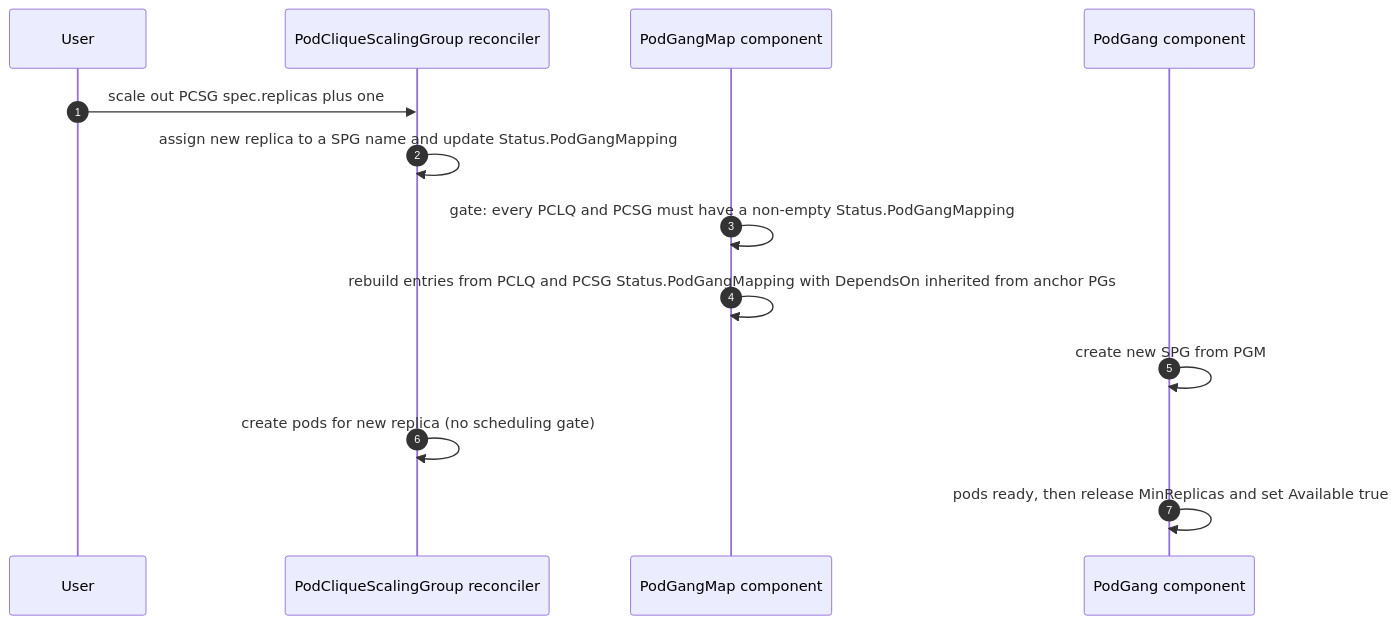
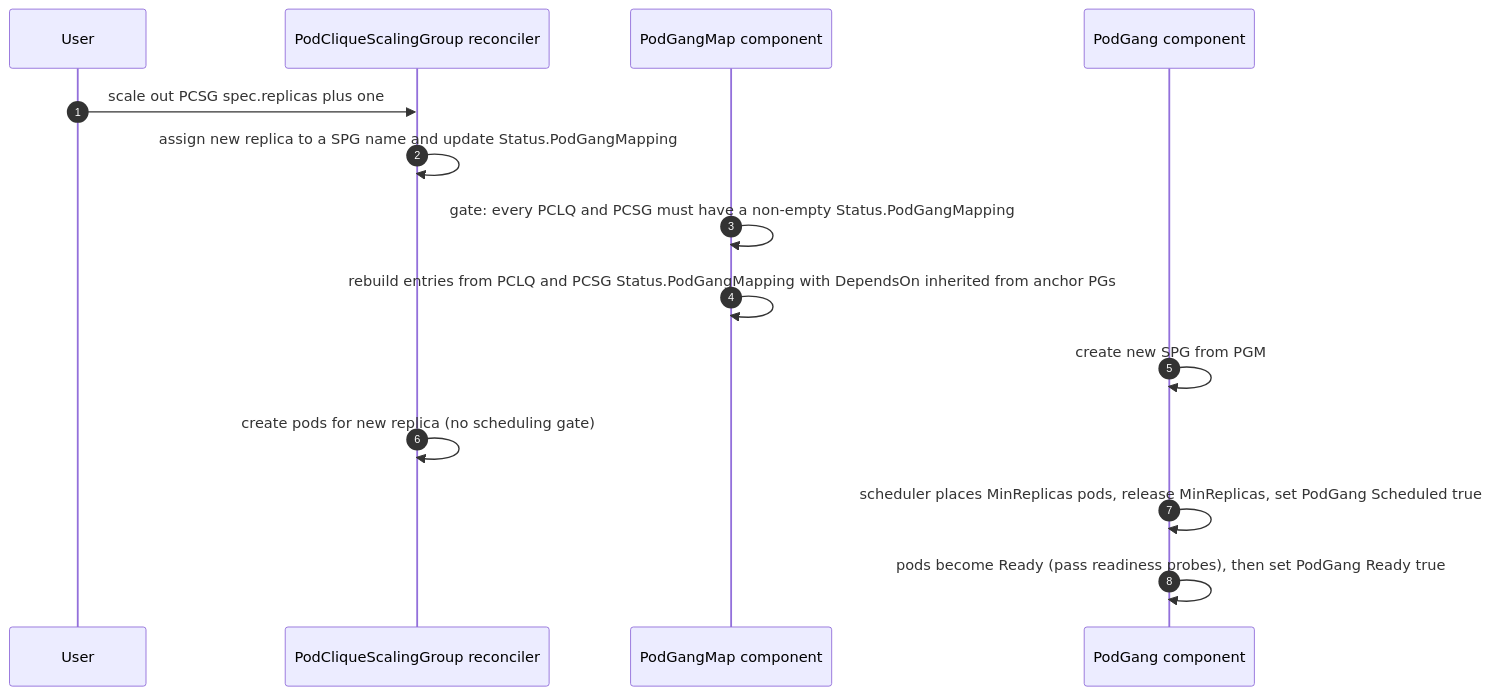
The third of 5 diagrams in docs/proposals/393-coherent-rolling-updates/README.md (ai-dynamo/grove), drawn with Mermaid before and after one commit. The commit also changed other lines of this file, not shown here.

First line of the commit message:
docs(GREP-393): split PodGang condition; selector-based DependsOn; cleanups

````diff
--- a/docs/proposals/393-coherent-rolling-updates/README.md
+++ b/docs/proposals/393-coherent-rolling-updates/README.md
@@ -492,16 +502,17 @@
 ```mermaid
 sequenceDiagram
   autonumber
   participant User
   participant PCSG as PodCliqueScalingGroup reconciler
   participant PGM as PodGangMap component
   participant PG as PodGang component
 
   User->>PCSG: scale out PCSG spec.replicas plus one
   PCSG->>PCSG: assign new replica to a SPG name and update Status.PodGangMapping
   PGM->>PGM: gate: every PCLQ and PCSG must have a non-empty Status.PodGangMapping
   PGM->>PGM: rebuild entries from PCLQ and PCSG Status.PodGangMapping with DependsOn inherited from anchor PGs
   PG->>PG: create new SPG from PGM
   PCSG->>PCSG: create pods for new replica (no scheduling gate)
-  PG->>PG: pods ready, then release MinReplicas and set Available true
+  PG->>PG: scheduler places MinReplicas pods, release MinReplicas, set PodGang Scheduled true
+  PG->>PG: pods become Ready (pass readiness probes), then set PodGang Ready true
 ```
````
